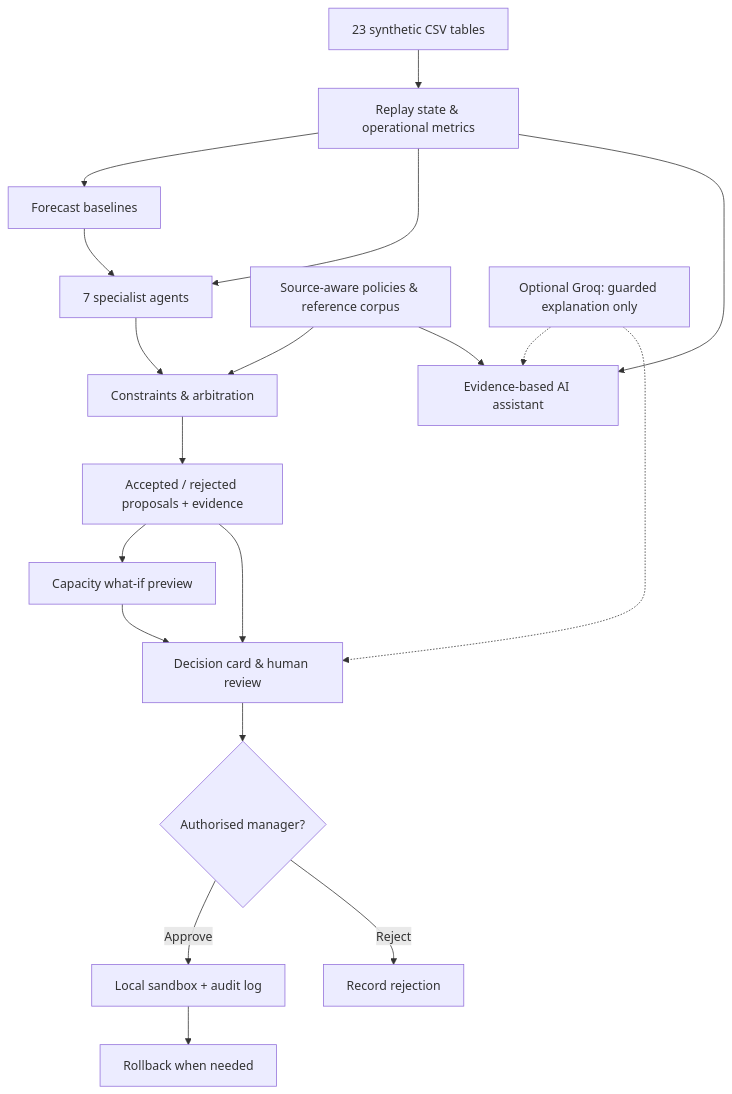
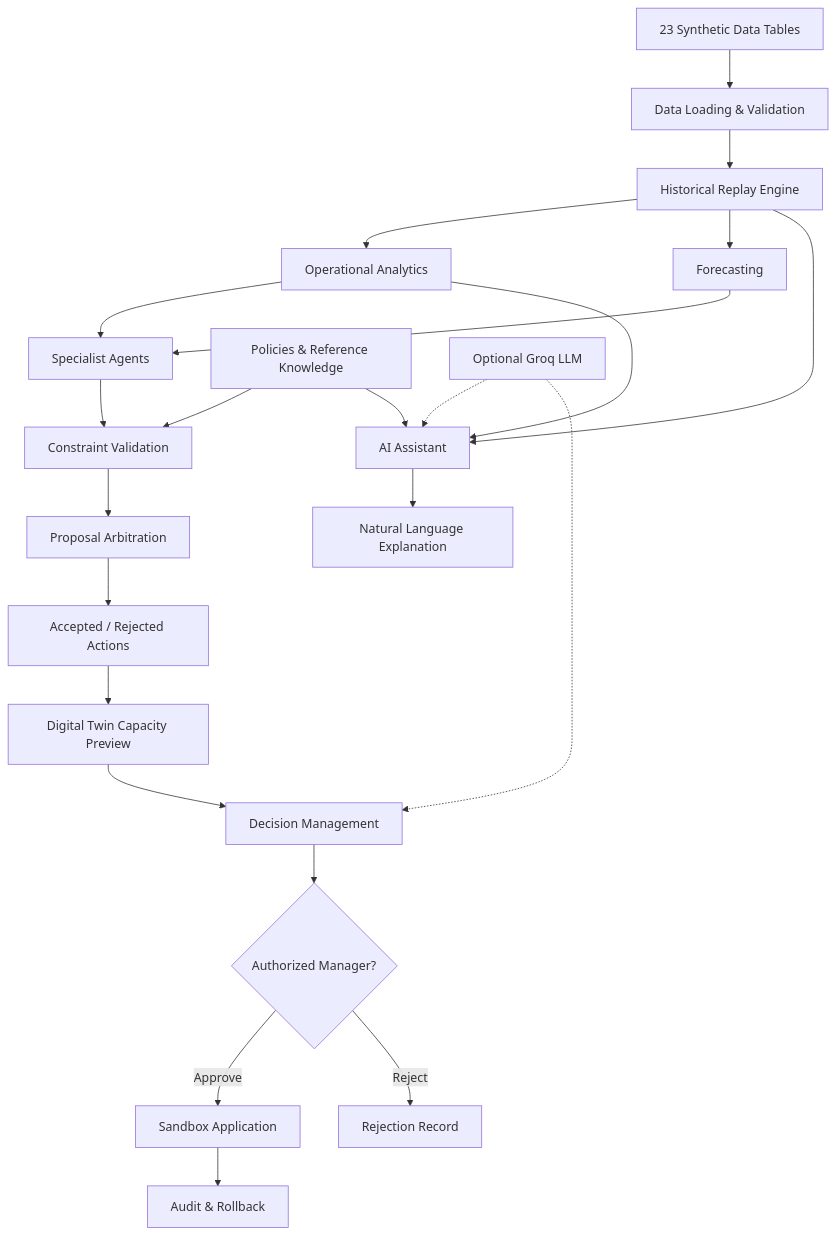
One commit to Hospital-Digital-Twin/Zawolf-Hospital-Digital-Twin changed the first of 3 diagrams in README.md. Above: the diagram before and after it, drawn with Mermaid. The commit also changed other lines of this file, not shown here.

````diff
--- a/README.md
+++ b/README.md
@@ -113,21 +371,41 @@
 ```mermaid
 flowchart TD
-    A["23 synthetic CSV tables"] --> B["Replay state & operational metrics"]
-    B --> C["Forecast baselines"]
-    B --> D["7 specialist agents"]
-    C --> D
-    P["Source-aware policies & reference corpus"] --> E["Constraints & arbitration"]
-    D --> E
-    E --> F["Accepted / rejected proposals + evidence"]
-    F --> G["Capacity what-if preview"]
-    F --> H["Decision card & human review"]
-    G --> H
-    H --> I{"Authorised manager?"}
-    I -->|"Approve"| J["Local sandbox + audit log"]
-    I -->|"Reject"| K["Record rejection"]
-    J --> L["Rollback when needed"]
-    B --> M["Evidence-based AI assistant"]
-    P --> M
-    N["Optional Groq: guarded explanation only"] -.-> M
-    N -.-> H
+
+    A["23 Synthetic Data Tables"] --> B["Data Loading & Validation"]
+
+    B --> C["Historical Replay Engine"]
+
+    C --> D["Operational Analytics"]
+    C --> E["Forecasting"]
+
+    D --> F["Specialist Agents"]
+    E --> F
+
+    P["Policies & Reference Knowledge"] --> G["Constraint Validation"]
+
+    F --> G
+
+    G --> H["Proposal Arbitration"]
+
+    H --> I["Accepted / Rejected Actions"]
+
+    I --> J["Digital Twin Capacity Preview"]
+
+    J --> K["Decision Management"]
+
+    K --> L{"Authorized Manager?"}
+
+    L -->|Approve| M["Sandbox Application"]
+    L -->|Reject| N["Rejection Record"]
+
+    M --> O["Audit & Rollback"]
+
+    C --> Q["AI Assistant"]
+    D --> Q
+    P --> Q
+
+    R["Optional Groq LLM"] -.-> Q
+    R -.-> K
+
+    Q --> S["Natural Language Explanation"]
 ```
````
